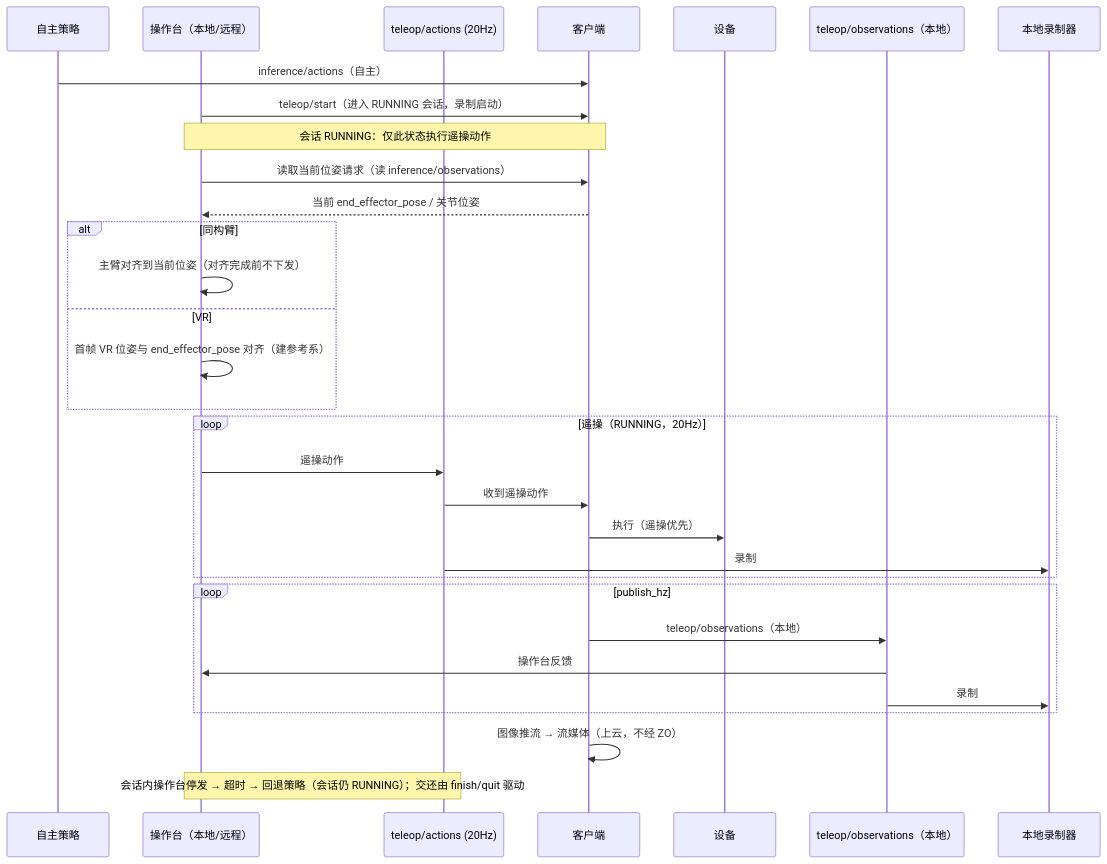
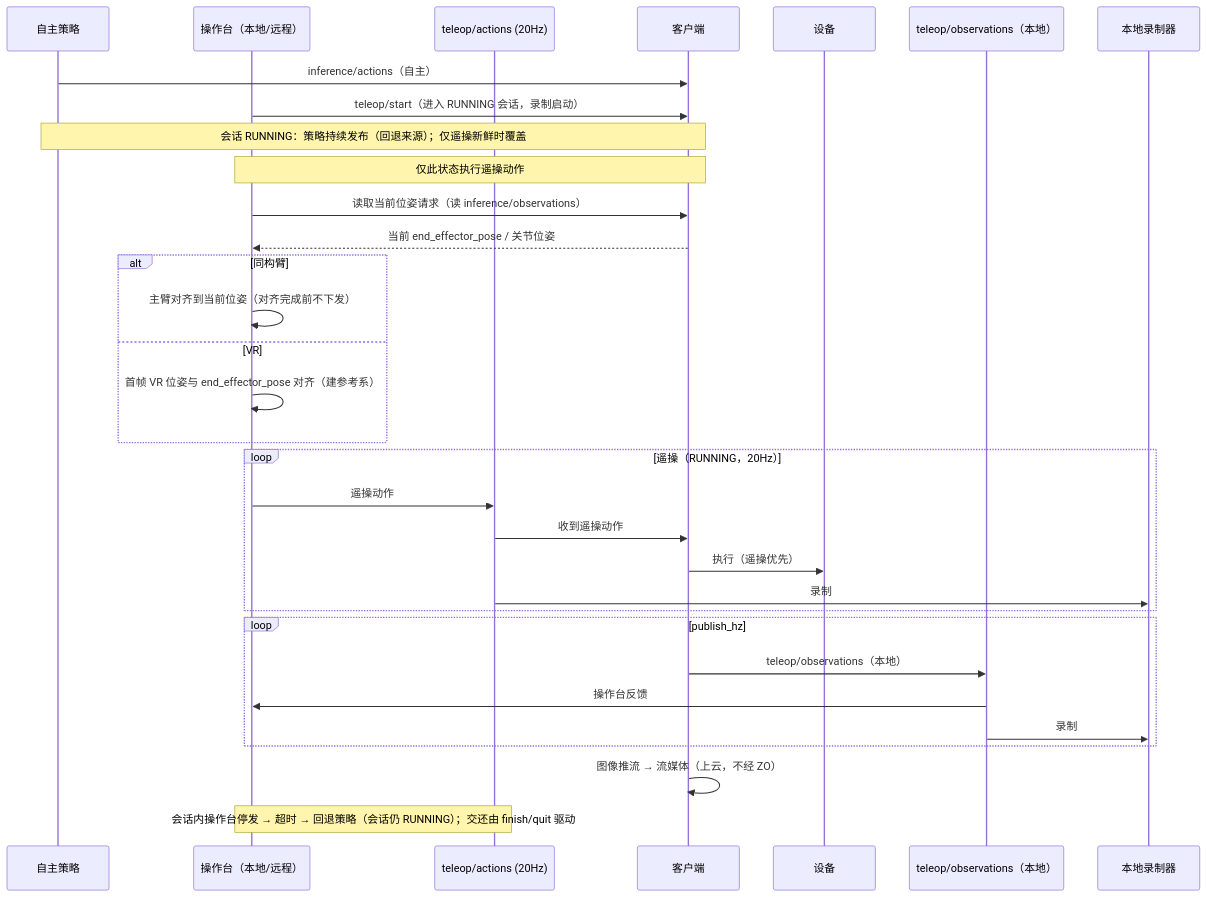
Before and after one commit to vincentguiling/cloudrobo-sdk-client: the diagram in docs/design/r2c-teleop-data-collection-design.md, drawn with Mermaid. The commit also changed other lines of this file, not shown here.

````diff
--- a/docs/design/r2c-teleop-data-collection-design.md
+++ b/docs/design/r2c-teleop-data-collection-design.md
@@ -142,34 +142,35 @@
 ```mermaid
 sequenceDiagram
     participant P as 自主策略
     participant O as 操作台（本地/远程）
     participant ZA as teleop/actions (20Hz)
     participant C as 客户端
     participant F as 设备
     participant ZO as teleop/observations（本地）
     participant R as 本地录制器
 
     P->>C: inference/actions（自主）
     O->>C: teleop/start（进入 RUNNING 会话，录制启动）
-    Note over O,C: 会话 RUNNING：仅此状态执行遥操动作
+    Note over P,C: 会话 RUNNING：策略持续发布（回退来源）；仅遥操新鲜时覆盖
+    Note over O,C: 仅此状态执行遥操动作
     O->>C: 读取当前位姿请求（读 inference/observations）
     C-->>O: 当前 end_effector_pose / 关节位姿
     alt 同构臂
         O->>O: 主臂对齐到当前位姿（对齐完成前不下发）
     else VR
         O->>O: 首帧 VR 位姿与 end_effector_pose 对齐（建参考系）
     end
     loop 遥操（RUNNING，20Hz）
         O->>ZA: 遥操动作
         ZA->>C: 收到遥操动作
         C->>F: 执行（遥操优先）
         ZA->>R: 录制
     end
     loop publish_hz
         C->>ZO: teleop/observations（本地）
         ZO->>O: 操作台反馈
         ZO->>R: 录制
     end
     C->>C: 图像推流 → 流媒体（上云，不经 ZO）
     Note over O,ZA: 会话内操作台停发 → 超时 → 回退策略（会话仍 RUNNING）；交还由 finish/quit 驱动
 ```
````
